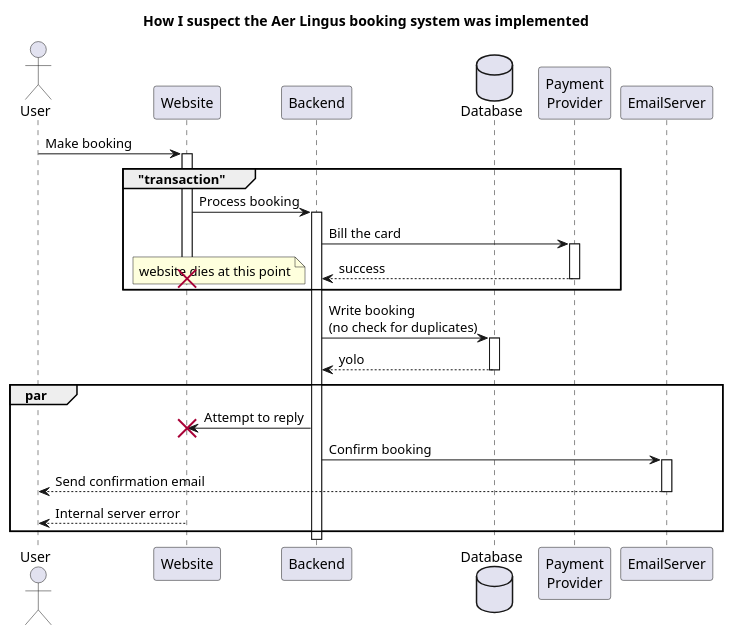
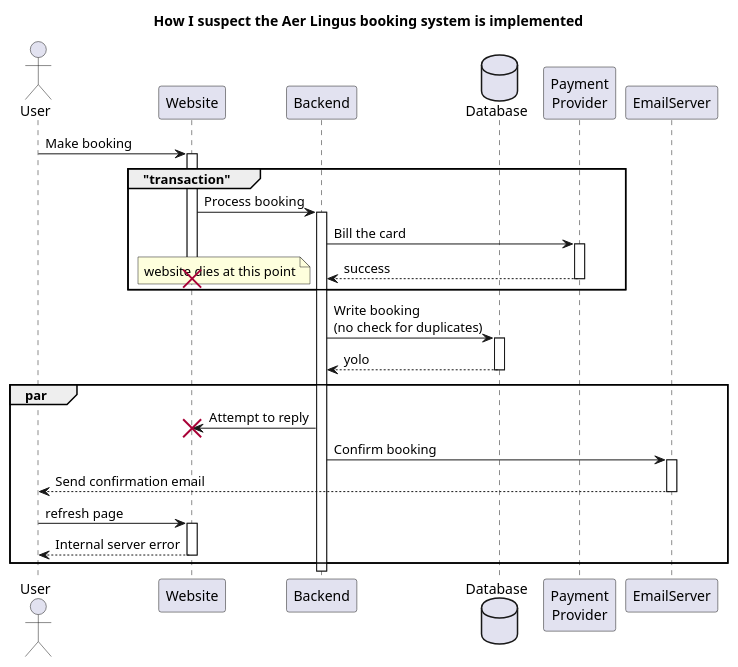
One commit to esl/bryan_cb_sf_2020_talk changed the diagram in puml/how-booking-was-probably-implemented.puml. Above: the diagram before and after it, drawn with PlantUML. The commit also changed 1 other file, not shown here.

```diff
--- a/puml/how-booking-was-probably-implemented.puml
+++ b/puml/how-booking-was-probably-implemented.puml
@@ -1,25 +1,26 @@
 @startuml  overview
 
-title How I suspect the Aer Lingus booking system was implemented
+title How I suspect the Aer Lingus booking system is implemented
 actor User 
 autoactivate on
 User -> Website: Make booking 
 group "transaction"
 Website -> Backend: Process booking
 database Database
 participant "Payment\nProvider" as Provider 
 Backend -> Provider: Bill the card 
 return success
 note left: website dies at this point
 destroy Website
 end
 Backend -> Database: Write booking \n(no check for duplicates) 
 return yolo
 par 
 Backend -> Website !! : Attempt to reply
 Backend -> EmailServer: Confirm booking
 EmailServer --> User: Send confirmation email 
-Website --> User: Internal server error
+User ->  Website : refresh page
+return Internal server error
 end
 
 @enduml
```
